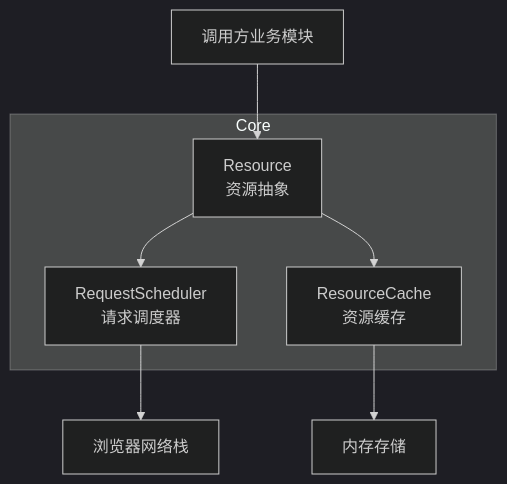
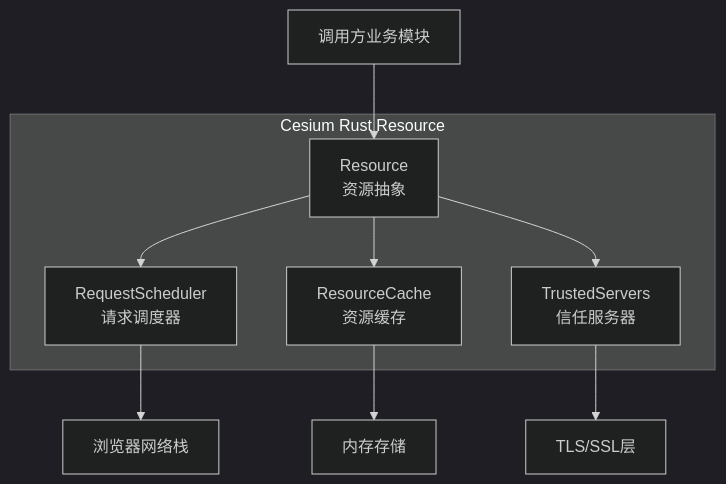
One commit to rzhangjing/cesium changed the first of 7 diagrams in .qoder/repowiki/zh/content/API参考文档/核心API/资源管理API/资源管理API.md. Above: the diagram before and after it, drawn with Mermaid (dark theme). The commit also changed other lines of this file and 32 other files, not shown here.

````diff
--- a/.qoder/repowiki/zh/content/API参考文档/核心API/资源管理API/资源管理API.md
+++ b/.qoder/repowiki/zh/content/API参考文档/核心API/资源管理API/资源管理API.md
@@ -45,13 +44,16 @@
 ```mermaid
 graph TB
-subgraph "Core"
+subgraph "Cesium Rust Resource"
 R["Resource<br/>资源抽象"]
 RS["RequestScheduler<br/>请求调度器"]
 RC["ResourceCache<br/>资源缓存"]
+TS["TrustedServers<br/>信任服务器"]
 end
 Client["调用方业务模块"] --> R
 R --> RS
 R --> RC
+R --> TS
 RS --> Network["浏览器网络栈"]
 RC --> Memory["内存存储"]
+TS --> TLS["TLS/SSL层"]
 ```
````
